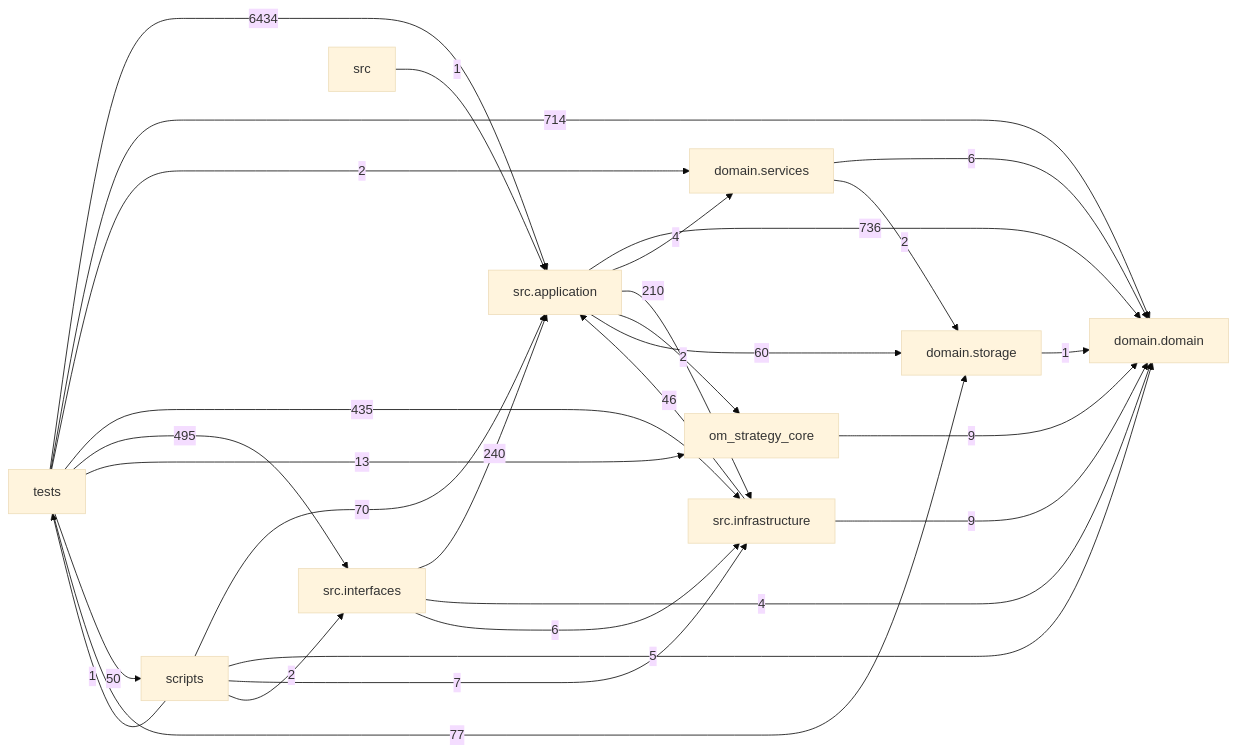
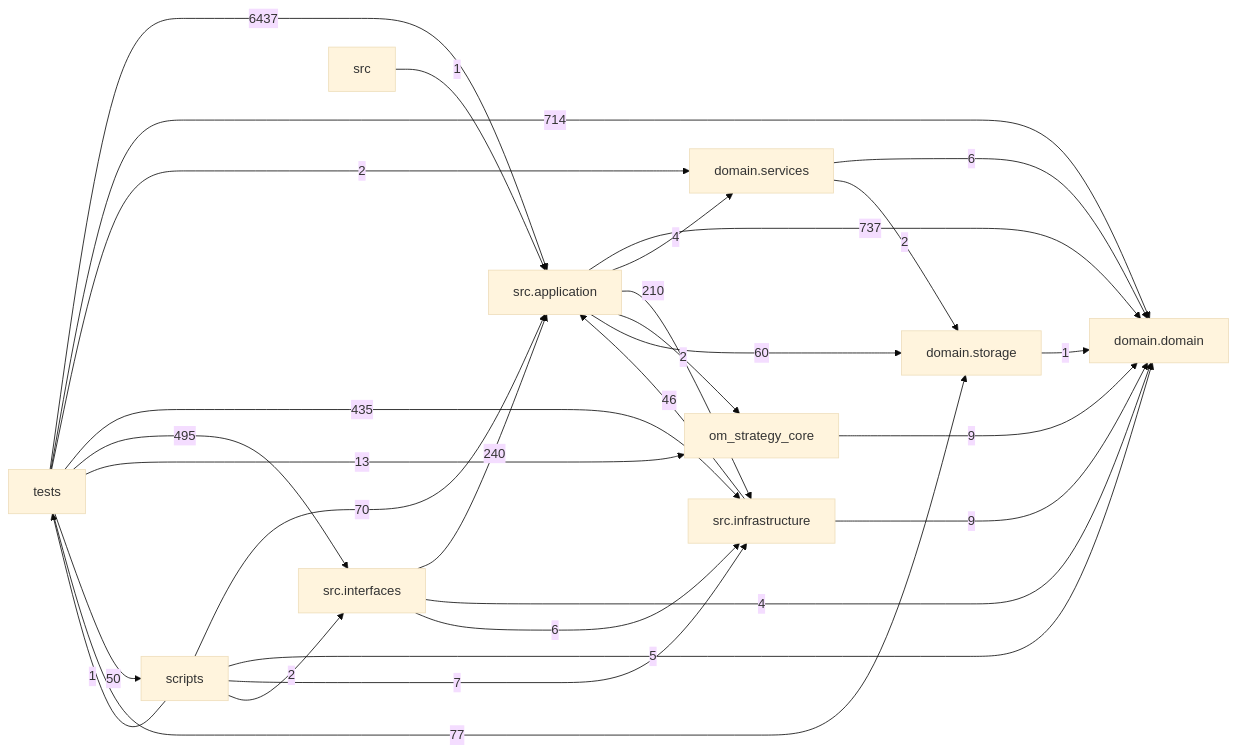
Before and after one commit to liuxie066/options-monitor: the diagram in docs/DEPENDENCY_GRAPH.md, drawn with Mermaid (base theme). The commit also changed other lines of this file and 18 other files, not shown here.

````diff
--- a/docs/DEPENDENCY_GRAPH.md
+++ b/docs/DEPENDENCY_GRAPH.md
@@ -24,39 +24,39 @@
 ```mermaid
 flowchart LR
   tests["tests"]
   scripts["scripts"]
   interfaces["src.interfaces"]
   application["src.application"]
   infrastructure["src.infrastructure"]
   domain_services["domain.services"]
   domain["domain.domain"]
   storage["domain.storage"]
-  application -->|736| domain
+  application -->|737| domain
   application -->|4| domain_services
   application -->|210| infrastructure
   application -->|2| om_strategy_core
   application -->|60| storage
   domain_services -->|6| domain
   domain_services -->|2| storage
   infrastructure -->|46| application
   infrastructure -->|9| domain
   interfaces -->|240| application
   interfaces -->|4| domain
   interfaces -->|6| infrastructure
   om_strategy_core -->|9| domain
   scripts -->|70| application
   scripts -->|5| domain
   scripts -->|7| infrastructure
   scripts -->|2| interfaces
   scripts -->|1| tests
   src -->|1| application
   storage -->|1| domain
-  tests -->|6434| application
+  tests -->|6437| application
   tests -->|714| domain
   tests -->|2| domain_services
   tests -->|435| infrastructure
   tests -->|495| interfaces
   tests -->|13| om_strategy_core
   tests -->|50| scripts
   tests -->|77| storage
 ```
````
